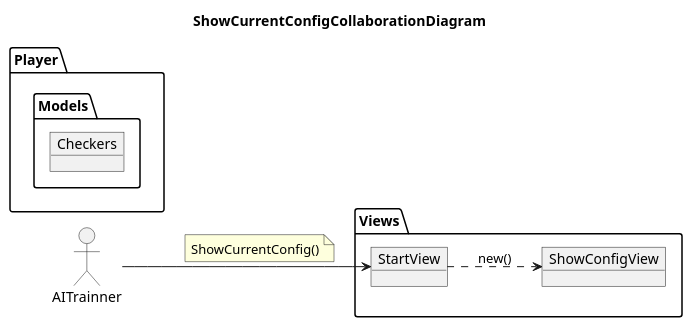
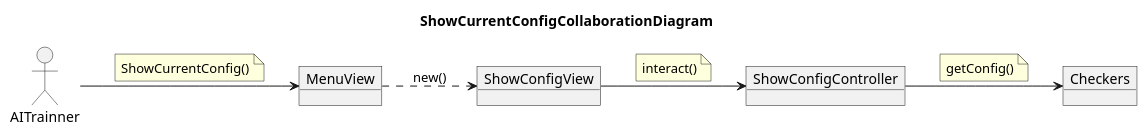
The diagram in docs/src/analysis/use-cases/showCurrentConfig-colab.plantuml (Master-Desarrollo-20-21/patrones-diseno---practica-final---juego-de-las-damas-fraylopez), drawn with PlantUML before and after one commit. The commit also changed 2 other files, not shown here.

```diff
--- a/docs/src/analysis/use-cases/showCurrentConfig-colab.plantuml
+++ b/docs/src/analysis/use-cases/showCurrentConfig-colab.plantuml
@@ -1,34 +1,28 @@
 @startuml ShowCurrentConfigCollaborationDiagram
 title ShowCurrentConfigCollaborationDiagram
 left to right direction
 
 allow_mixing
 actor AITrainner
-package Views{
-object StartView
+object MenuView
 object ShowConfigView
-AITrainner --> StartView
+AITrainner --> MenuView
 note on link
 ShowCurrentConfig()
 end note
 
-StartView ..> ShowConfigView : new()
+MenuView ..> ShowConfigView : new()
 
-}
 
-package AITrainner.Controllers{
 object ShowConfigController
 ShowConfigView --> ShowConfigController
 note on link
 interact()
 end note
-}
 
-package Player.Models{
 object Checkers
 ShowConfigController --> Checkers
 note on link
 getConfig()
 end note
-}
 @enduml
```
